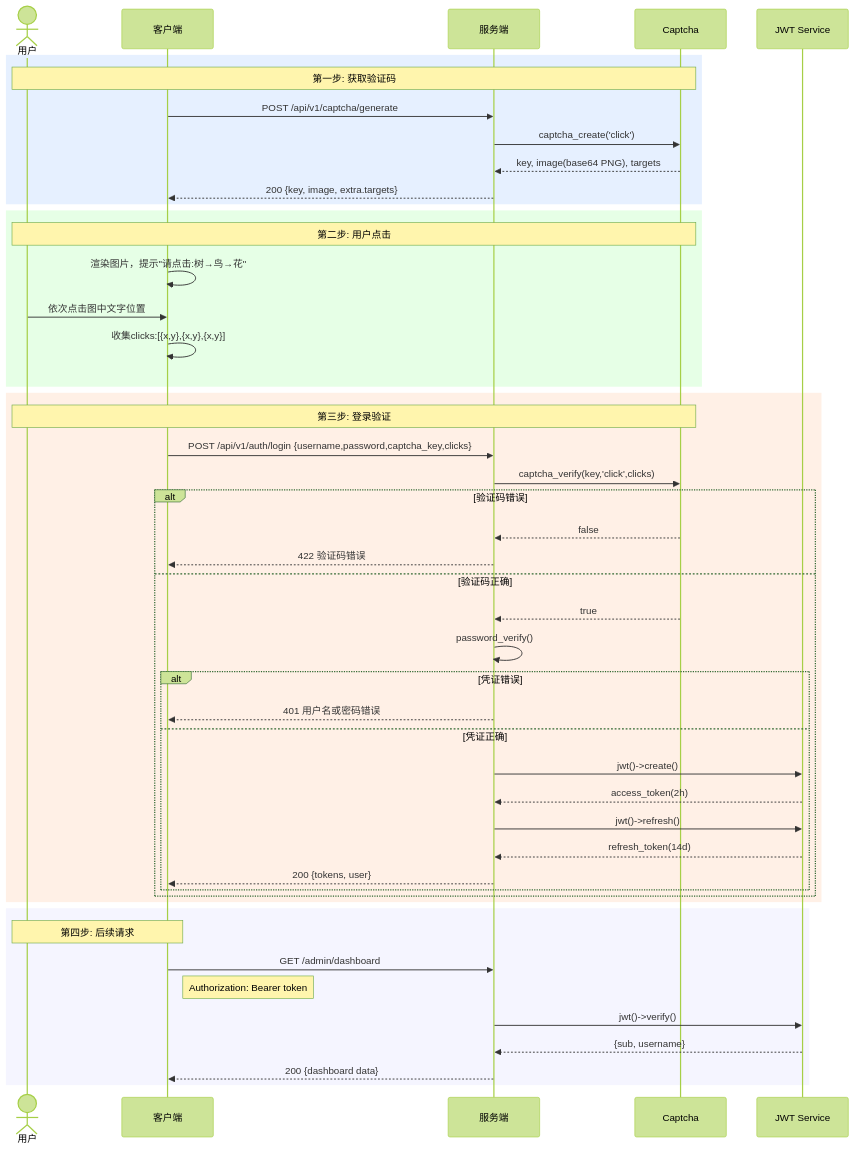
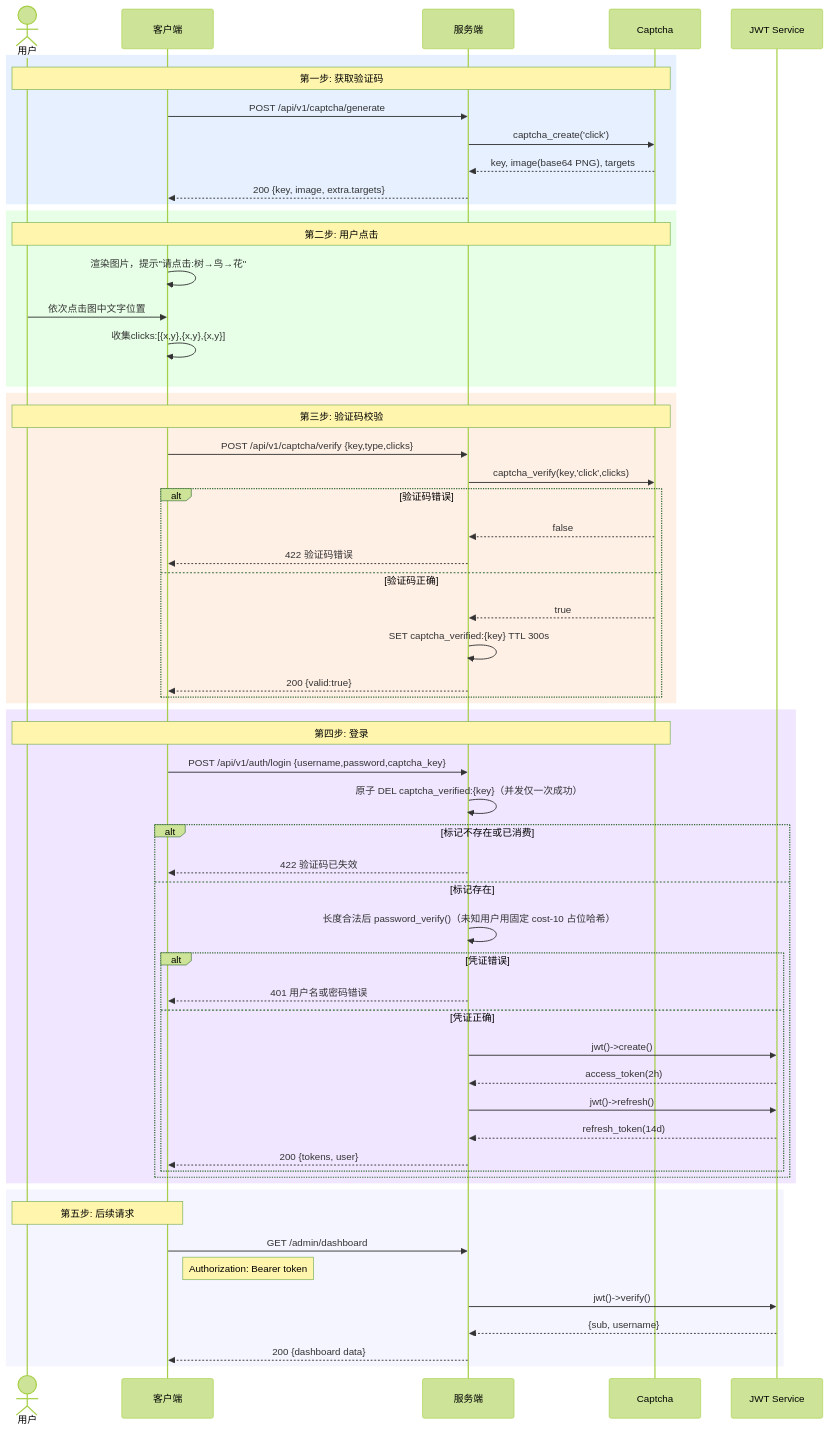
Before and after one commit to erikwang2013/open-admin: the diagram in docs/diagrams/04-auth-captcha-flow.md, drawn with Mermaid (forest theme). The commit also changed 62 other files, not shown here.

````diff
--- a/docs/diagrams/04-auth-captcha-flow.md
+++ b/docs/diagrams/04-auth-captcha-flow.md
@@ -3,55 +3,67 @@
 ```mermaid
 sequenceDiagram
     actor U as 用户
     participant CL as 客户端
     participant SV as 服务端
     participant CAP as Captcha
     participant JWT as JWT Service
 
     rect rgb(230, 240, 255)
     Note over U,CAP: 第一步: 获取验证码
     CL->>SV: POST /api/v1/captcha/generate
     SV->>CAP: captcha_create('click')
     CAP-->>SV: key, image(base64 PNG), targets
     SV-->>CL: 200 {key, image, extra.targets}
     end
 
     rect rgb(230, 255, 230)
     Note over U,CAP: 第二步: 用户点击
     CL->>CL: 渲染图片，提示"请点击:树→鸟→花"
     U->>CL: 依次点击图中文字位置
     CL->>CL: 收集clicks:[{x,y},{x,y},{x,y}]
     end
 
     rect rgb(255, 240, 230)
-    Note over U,CAP: 第三步: 登录验证
-    CL->>SV: POST /api/v1/auth/login {username,password,captcha_key,clicks}
+    Note over U,CAP: 第三步: 验证码校验
+    CL->>SV: POST /api/v1/captcha/verify {key,type,clicks}
     SV->>CAP: captcha_verify(key,'click',clicks)
 
     alt 验证码错误
         CAP-->>SV: false
         SV-->>CL: 422 验证码错误
     else 验证码正确
         CAP-->>SV: true
-        SV->>SV: password_verify()
+        SV->>SV: SET captcha_verified:{key} TTL 300s
+        SV-->>CL: 200 {valid:true}
+    end
+    end
+
+    rect rgb(240, 230, 255)
+    Note over U,CAP: 第四步: 登录
+    CL->>SV: POST /api/v1/auth/login {username,password,captcha_key}
+    SV->>SV: 原子 DEL captcha_verified:{key}（并发仅一次成功）
+    alt 标记不存在或已消费
+        SV-->>CL: 422 验证码已失效
+    else 标记存在
+        SV->>SV: 长度合法后 password_verify()（未知用户用固定 cost-10 占位哈希）
         alt 凭证错误
             SV-->>CL: 401 用户名或密码错误
         else 凭证正确
             SV->>JWT: jwt()->create()
             JWT-->>SV: access_token(2h)
             SV->>JWT: jwt()->refresh()
             JWT-->>SV: refresh_token(14d)
             SV-->>CL: 200 {tokens, user}
         end
     end
     end
 
     rect rgb(245, 245, 255)
-    Note over U,CL: 第四步: 后续请求
+    Note over U,CL: 第五步: 后续请求
     CL->>SV: GET /admin/dashboard
     Note right of CL: Authorization: Bearer token
     SV->>JWT: jwt()->verify()
     JWT-->>SV: {sub, username}
     SV-->>CL: 200 {dashboard data}
     end
 ```
````
